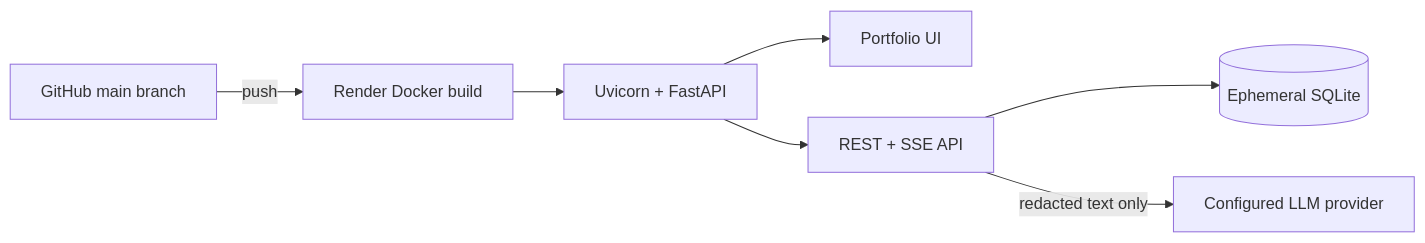
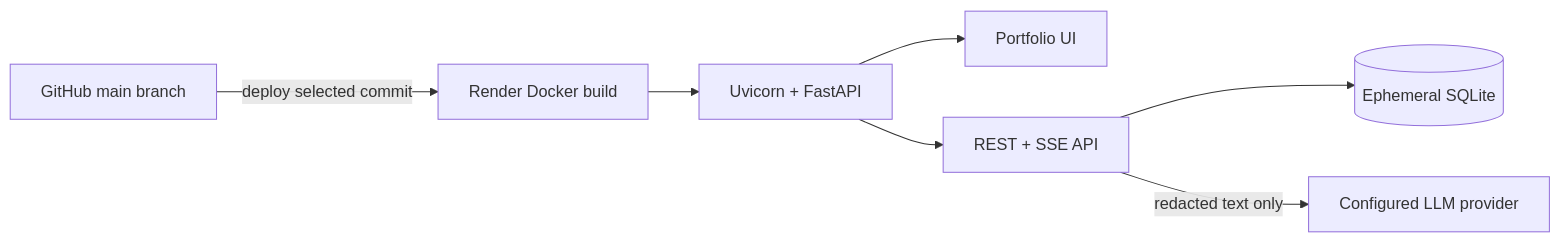
One commit to Tanishk237/Stateful-Support-Compliance-Pipeline changed the third of 3 diagrams in README.md. Above: the diagram before and after it, drawn with Mermaid. The commit also changed other lines of this file and 1 other file, not shown here.

````diff
--- a/README.md
+++ b/README.md
@@ -359,9 +336,9 @@
 ```mermaid
 flowchart LR
-    GH[GitHub main branch] -->|push| RB[Render Docker build]
+    GH[GitHub main branch] -->|deploy selected commit| RB[Render Docker build]
     RB --> UV[Uvicorn + FastAPI]
     UV --> UI[Portfolio UI]
     UV --> API[REST + SSE API]
     API --> DB[(Ephemeral SQLite)]
     API -->|redacted text only| LLM[Configured LLM provider]
 ```
````
